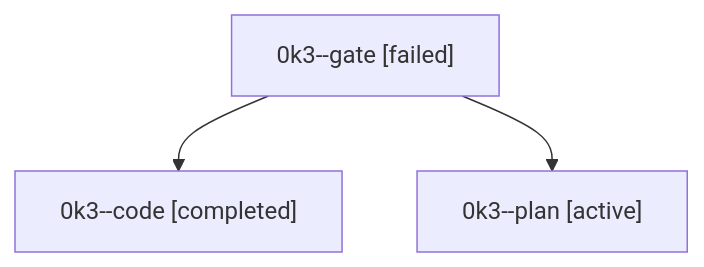
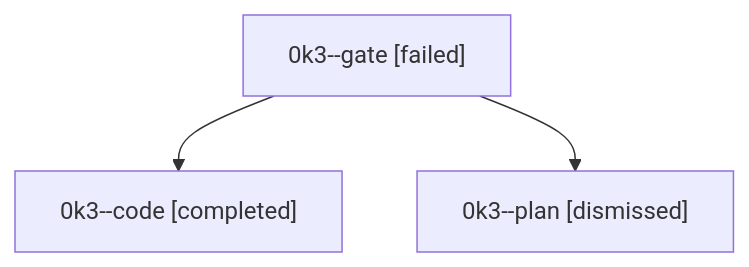
The diagram in sessions/bbugyi200.athena.0k3.md (sase-org/sase--agents), drawn with Mermaid before and after one commit. The commit also changed other lines of this file and 28 other files, not shown here.

````diff
--- a/sessions/bbugyi200.athena.0k3.md
+++ b/sessions/bbugyi200.athena.0k3.md
@@ -9,8 +9,8 @@
 ```mermaid
 flowchart TD
   n0["0k3--gate [failed]"]
   n1["0k3--code [completed]"]
   n0 --> n1
-  n2["0k3--plan [active]"]
+  n2["0k3--plan [dismissed]"]
   n0 --> n2
 ```
````
